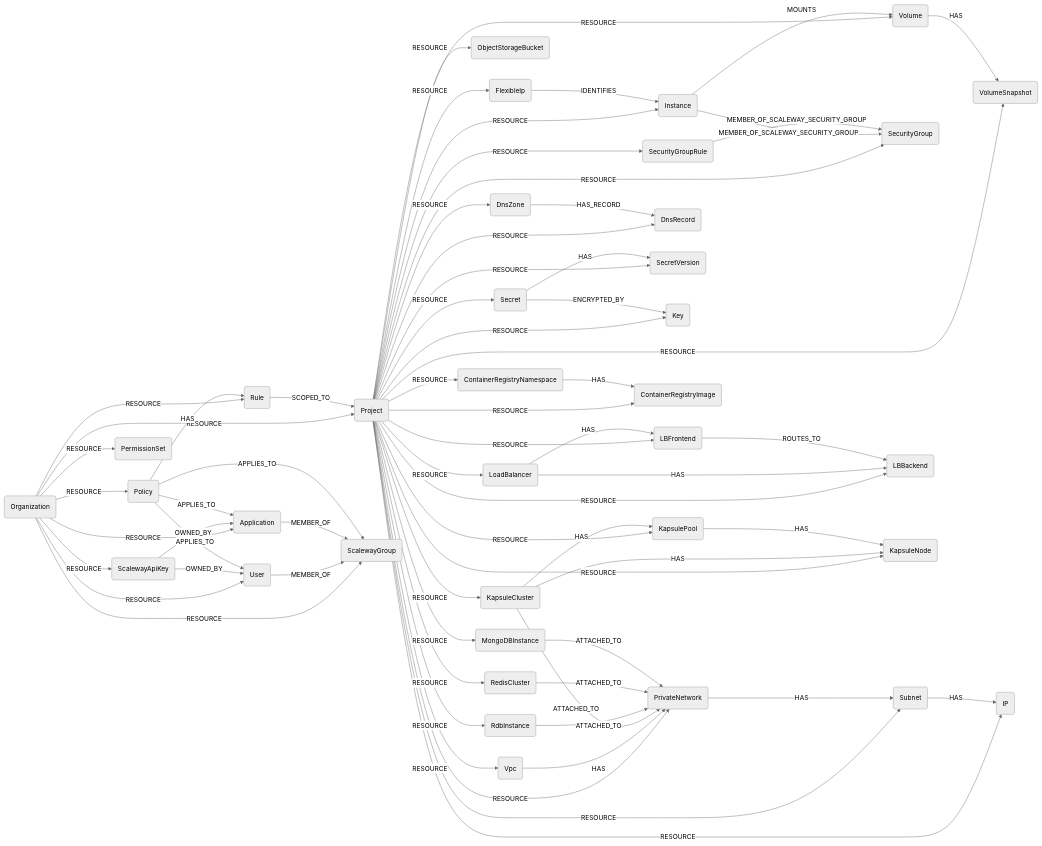
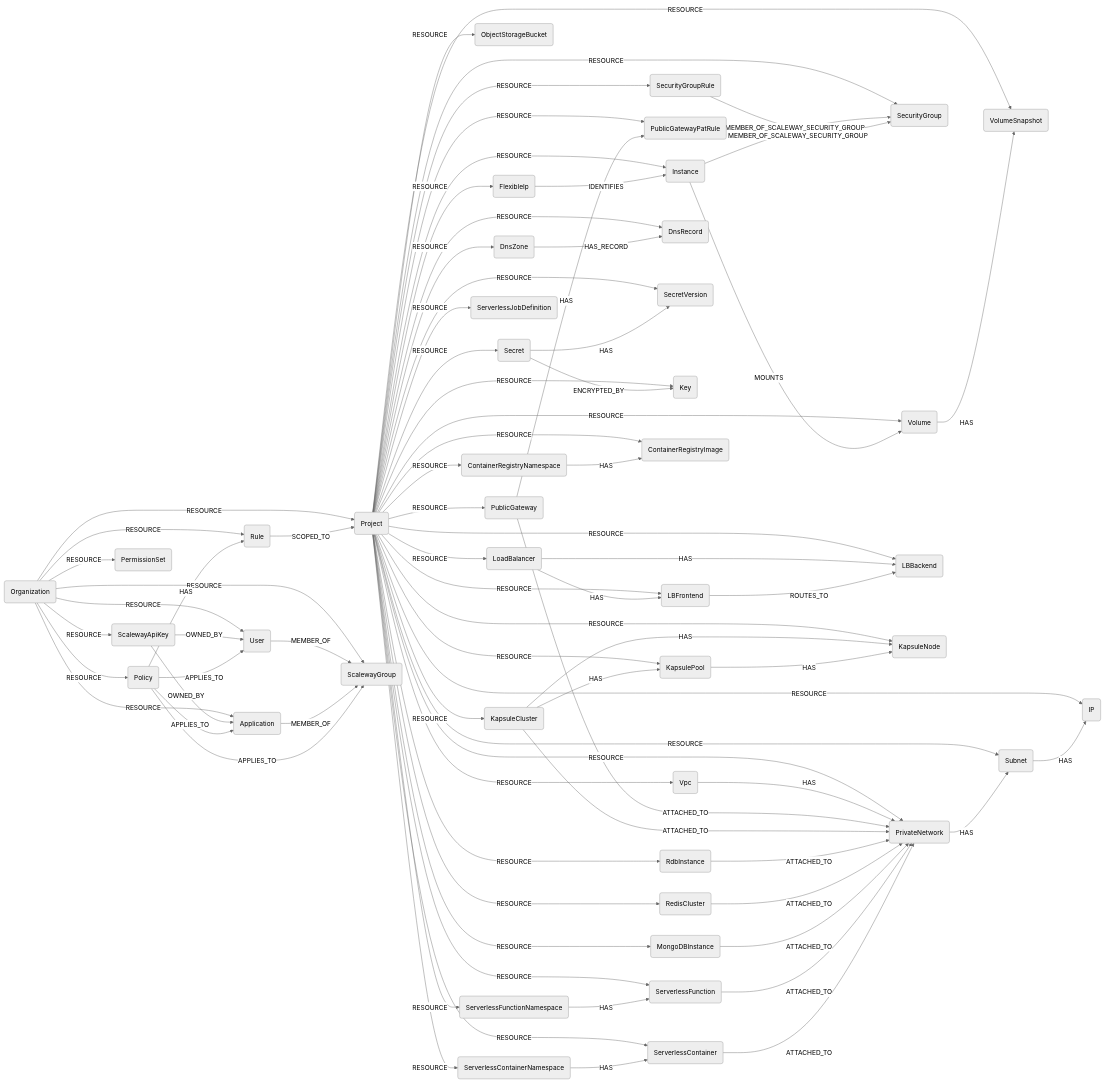
Before and after one commit to sec-js/cartography: the diagram in docs/root/modules/scaleway/schema.md, drawn with Mermaid (neutral theme). The commit also changed other lines of this file and 25 other files, not shown here.

First line of the commit message:
feat(scaleway): add Serverless + Public Gateway coverage and exposure rules (#2975)

````diff
--- a/docs/root/modules/scaleway/schema.md
+++ b/docs/root/modules/scaleway/schema.md
@@ -3,69 +3,82 @@
 ```mermaid
 graph LR
 ORG(Organization) -- RESOURCE --> PRJ(Project)
 ORG -- RESOURCE --> APP(Application)
 ORG -- RESOURCE --> USR(User)
 ORG -- RESOURCE --> GRP(ScalewayGroup)
 ORG -- RESOURCE --> APIKEY(ScalewayApiKey)
 ORG -- RESOURCE --> POL(Policy)
 ORG -- RESOURCE --> RULE(Rule)
 ORG -- RESOURCE --> PS(PermissionSet)
 PRJ -- RESOURCE --> INS(Instance)
 PRJ -- RESOURCE --> FIP(FlexibleIp)
 PRJ -- RESOURCE --> VOL(Volume)
 PRJ -- RESOURCE --> SNAP(VolumeSnapshot)
 PRJ -- RESOURCE --> SG(SecurityGroup)
 PRJ -- RESOURCE --> SGR(SecurityGroupRule)
 PRJ -- RESOURCE --> BKT(ObjectStorageBucket)
 PRJ -- RESOURCE --> VPC(Vpc)
 PRJ -- RESOURCE --> PN(PrivateNetwork)
 PRJ -- RESOURCE --> SUB(Subnet)
 PRJ -- RESOURCE --> IP(IP)
+PRJ -- RESOURCE --> PGW(PublicGateway)
+PRJ -- RESOURCE --> PAT(PublicGatewayPatRule)
 PRJ -- RESOURCE --> LB(LoadBalancer)
 PRJ -- RESOURCE --> FE(LBFrontend)
 PRJ -- RESOURCE --> BE(LBBackend)
 PRJ -- RESOURCE --> DZ(DnsZone)
 PRJ -- RESOURCE --> DR(DnsRecord)
 PRJ -- RESOURCE --> SEC(Secret)
 PRJ -- RESOURCE --> SV(SecretVersion)
 PRJ -- RESOURCE --> KEY(Key)
 PRJ -- RESOURCE --> KC(KapsuleCluster)
 PRJ -- RESOURCE --> KP(KapsulePool)
 PRJ -- RESOURCE --> KN(KapsuleNode)
 PRJ -- RESOURCE --> CRN(ContainerRegistryNamespace)
 PRJ -- RESOURCE --> CRI(ContainerRegistryImage)
 PRJ -- RESOURCE --> RDB(RdbInstance)
 PRJ -- RESOURCE --> RC(RedisCluster)
 PRJ -- RESOURCE --> MGO(MongoDBInstance)
+PRJ -- RESOURCE --> SFN(ServerlessFunctionNamespace)
+PRJ -- RESOURCE --> SF(ServerlessFunction)
+PRJ -- RESOURCE --> SCN(ServerlessContainerNamespace)
+PRJ -- RESOURCE --> SC(ServerlessContainer)
+PRJ -- RESOURCE --> SJ(ServerlessJobDefinition)
 INS -- MOUNTS --> VOL
 INS -- MEMBER_OF_SCALEWAY_SECURITY_GROUP --> SG
 SGR -- MEMBER_OF_SCALEWAY_SECURITY_GROUP --> SG
 FIP -- IDENTIFIES --> INS
 VOL -- HAS --> SNAP
 VPC -- HAS --> PN
 PN -- HAS --> SUB
 SUB -- HAS --> IP
+PGW -- ATTACHED_TO --> PN
+PGW -- HAS --> PAT
 LB -- HAS --> FE
 LB -- HAS --> BE
 FE -- ROUTES_TO --> BE
 DZ -- HAS_RECORD --> DR
 SEC -- HAS --> SV
 SEC -- ENCRYPTED_BY --> KEY
 KC -- HAS --> KP
 KC -- HAS --> KN
 KP -- HAS --> KN
 KC -- ATTACHED_TO --> PN
 CRN -- HAS --> CRI
 RDB -- ATTACHED_TO --> PN
 RC -- ATTACHED_TO --> PN
 MGO -- ATTACHED_TO --> PN
+SFN -- HAS --> SF
+SCN -- HAS --> SC
+SF -- ATTACHED_TO --> PN
+SC -- ATTACHED_TO --> PN
 USR -- MEMBER_OF --> GRP(ScalewayGroup)
 APIKEY(ScalewayApiKey) -- OWNED_BY --> USR
 APP -- MEMBER_OF --> GRP(ScalewayGroup)
 APIKEY -- OWNED_BY --> APP
 POL -- APPLIES_TO --> USR
 POL -- APPLIES_TO --> GRP
 POL -- APPLIES_TO --> APP
 POL -- HAS --> RULE(Rule)
 RULE -- SCOPED_TO --> PRJ
 ```
````
